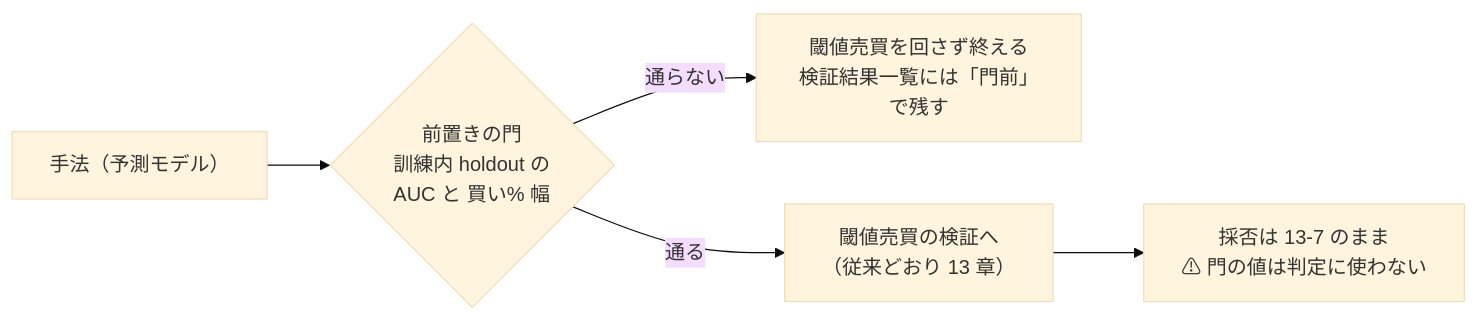
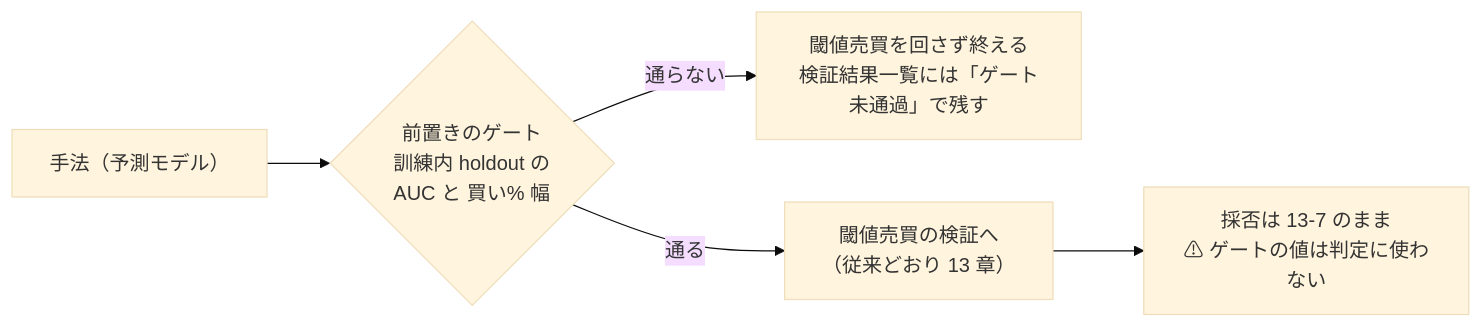
One commit to akiraak/ai-income-lab changed the third of 4 diagrams in docs/specs/experiments/feature-discovery/validation-power.md. Above: the diagram before and after it, drawn with Mermaid (base theme). The commit also changed other lines of this file and 45 other files, not shown here.

````diff
--- a/docs/specs/experiments/feature-discovery/validation-power.md
+++ b/docs/specs/experiments/feature-discovery/validation-power.md
@@ -196,7 +196,7 @@
 ```mermaid
 flowchart LR
-  M["手法（予測モデル）"] --> G{"前置きの門<br/>訓練内 holdout の<br/>AUC と 買い% 幅"}
-  G -->|"通らない"| X["閾値売買を回さず終える<br/>検証結果一覧には「門前」で残す"]
+  M["手法（予測モデル）"] --> G{"前置きのゲート<br/>訓練内 holdout の<br/>AUC と 買い% 幅"}
+  G -->|"通らない"| X["閾値売買を回さず終える<br/>検証結果一覧には「ゲート未通過」で残す"]
   G -->|"通る"| T["閾値売買の検証へ<br/>（従来どおり 13 章）"]
-  T --> J["採否は 13-7 のまま<br/>⚠ 門の値は判定に使わない"]
+  T --> J["採否は 13-7 のまま<br/>⚠ ゲートの値は判定に使わない"]
 ```
````
